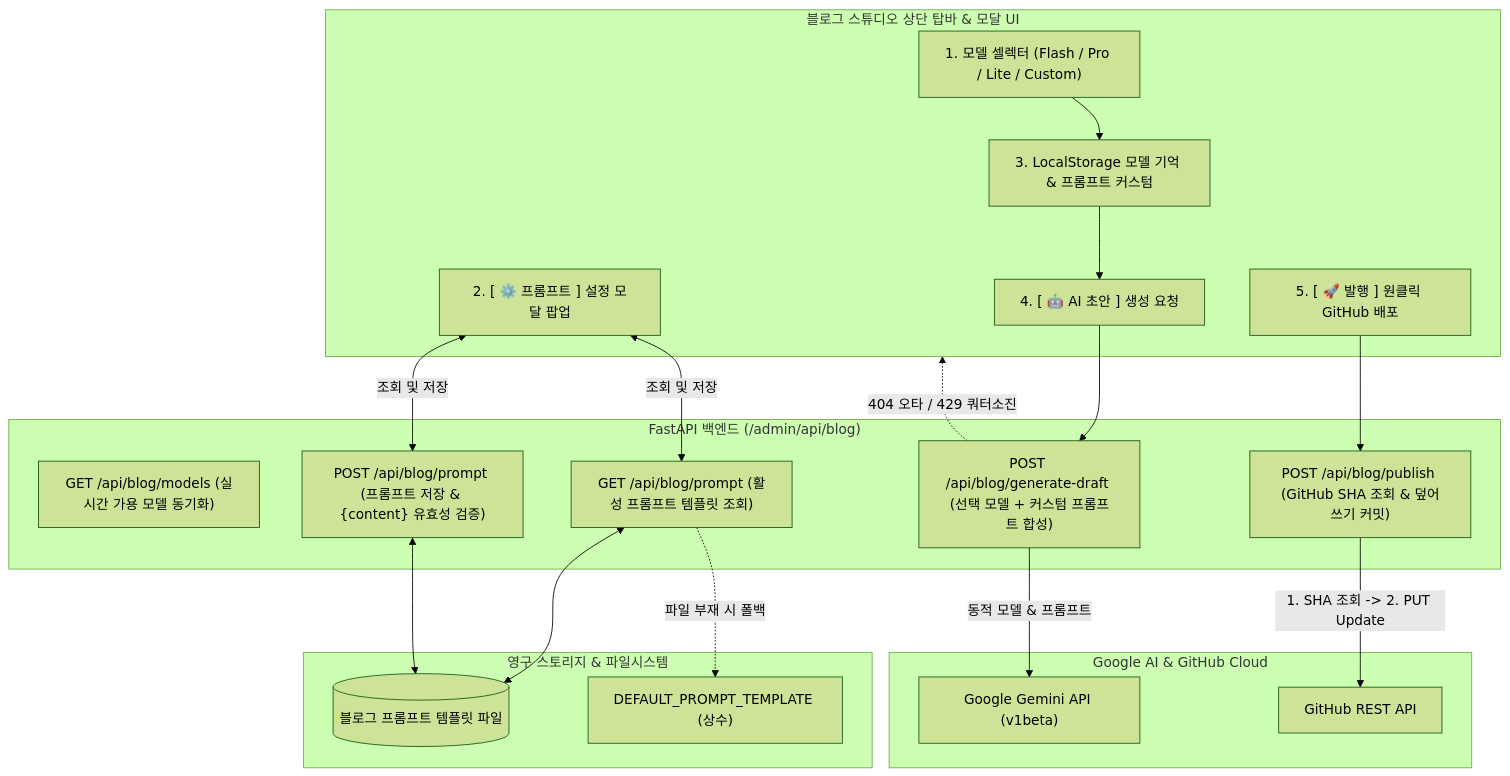
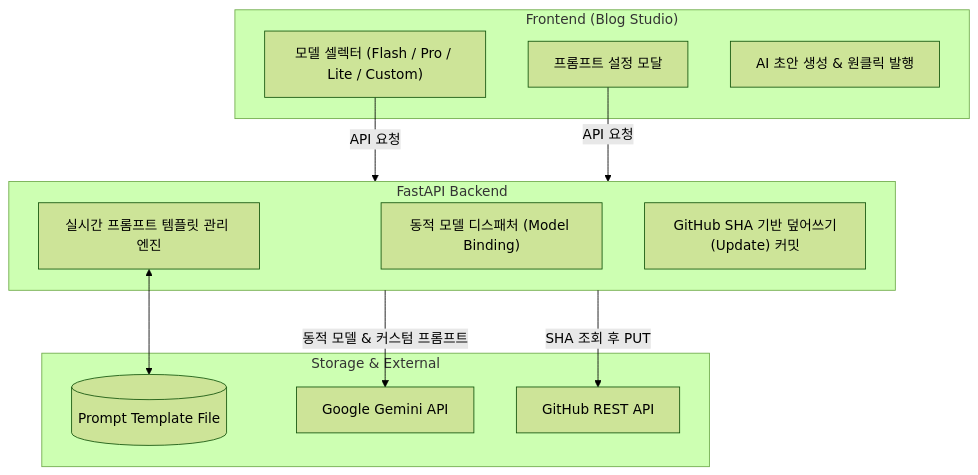
The diagram in content/posts/picksafe/2026-08-30-블로그-스튜디오-AI-모델-동적-선택기-및-쿼터-안전망-구축.md (daniel-dataflow/daniel-dataflow.github.io), drawn with Mermaid (forest theme) before and after one commit. The commit also changed other lines of this file and 62 other files, not shown here.

````diff
--- a/content/posts/picksafe/2026-08-30-블로그-스튜디오-AI-모델-동적-선택기-및-쿼터-안전망-구축.md
+++ b/content/posts/picksafe/2026-08-30-블로그-스튜디오-AI-모델-동적-선택기-및-쿼터-안전망-구축.md
@@ -35,40 +37,25 @@
 ```mermaid
 flowchart TD
-    subgraph Frontend_UI ["블로그 스튜디오 상단 탑바 & 모달 UI"]
-        M1["1. 모델 셀렉터 (Flash / Pro / Lite / Custom)"]
-        M2["2. [ ⚙️ 프롬프트 ] 설정 모달 팝업"]
-        M3["3. LocalStorage 모델 기억 & 프롬프트 커스텀"]
-        M4["4. [ 🤖 AI 초안 ] 생성 요청"]
-        M5["5. [ 🚀 발행 ] 원클릭 GitHub 배포"]
+    subgraph UI ["Frontend (Blog Studio)"]
+        M1["모델 셀렉터 (Flash / Pro / Lite / Custom)"]
+        M2["프롬프트 설정 모달"]
+        M3["AI 초안 생성 & 원클릭 발행"]
     end
 
-    subgraph Backend_Router ["FastAPI 백엔드 (/admin/api/blog)"]
-        B1["GET /api/blog/models (실시간 가용 모델 동기화)"]
-        B2["GET /api/blog/prompt (활성 프롬프트 템플릿 조회)"]
-        B3["POST /api/blog/prompt (프롬프트 저장 & {content} 유효성 검증)"]
-        B4["POST /api/blog/generate-draft (선택 모델 + 커스텀 프롬프트 합성)"]
-        B5["POST /api/blog/publish (GitHub SHA 조회 & 덮어쓰기 커밋)"]
+    subgraph Backend ["FastAPI Backend"]
+        B1["동적 모델 디스패처 (Model Binding)"]
+        B2["실시간 프롬프트 템플릿 관리 엔진"]
+        B3["GitHub SHA 기반 덮어쓰기(Update) 커밋"]
     end
 
-    subgraph Storage_Layer ["영구 스토리지 & 파일시스템"]
-        P_FILE[("블로그 프롬프트 템플릿 파일")]
-        DEF_P["DEFAULT_PROMPT_TEMPLATE (상수)"]
-    end
-
-    subgraph External_Cloud ["Google AI & GitHub Cloud"]
-        G_AI["Google Gemini API (v1beta)"]
+    subgraph Storage ["Storage & External"]
+        P_FILE[("Prompt Template File")]
+        G_AI["Google Gemini API"]
         GH_API["GitHub REST API"]
     end
 
-    M2 <-->|조회 및 저장| B2 & B3
-    B2 & B3 <--> P_FILE
-    B2 -.->|파일 부재 시 폴백| DEF_P
-
-    M1 --> M3 --> M4
-    M4 --> B4
-    B4 -->|동적 모델 & 프롬프트| G_AI
-    B4 -.->|404 오타 / 429 쿼터소진| Frontend_UI
-
-    M5 --> B5
-    B5 -->|1. SHA 조회 -> 2. PUT Update| GH_API
+    M1 & M2 -->|API 요청| Backend
+    Backend -->|동적 모델 & 커스텀 프롬프트| G_AI
+    Backend -->|SHA 조회 후 PUT| GH_API
+    B2 <--> P_FILE
 ```
````
